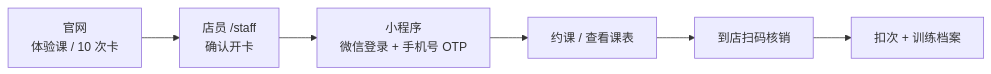
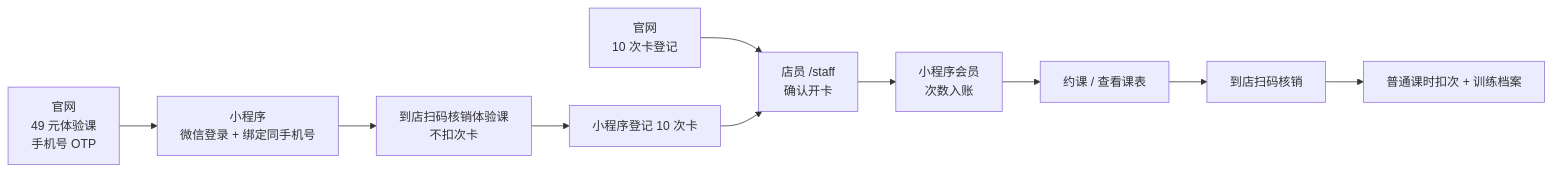
Before and after one commit to keleau/volt-gym: the first of 2 diagrams in README.md, drawn with Mermaid. The commit also changed other lines of this file and 56 other files, not shown here.

````diff
--- a/README.md
+++ b/README.md
@@ -22,8 +22,12 @@
 ```mermaid
 flowchart LR
-  A[官网<br/>体验课 / 10 次卡] --> B[店员 /staff<br/>确认开卡]
-  B --> C[小程序<br/>微信登录 + 手机号 OTP]
+  T1[官网<br/>49 元体验课<br/>手机号 OTP] --> T2[小程序<br/>微信登录 + 绑定同手机号]
+  T2 --> T3[到店扫码核销体验课<br/>不扣次卡]
+  T3 --> T4[小程序登记 10 次卡]
+  M1[官网<br/>10 次卡登记] --> B[店员 /staff<br/>确认开卡]
+  T4 --> B
+  B --> C[小程序会员<br/>次数入账]
   C --> D[约课 / 查看课表]
   D --> E[到店扫码核销]
-  E --> F[扣次 + 训练档案]
+  E --> F[普通课时扣次 + 训练档案]
 ```
````
